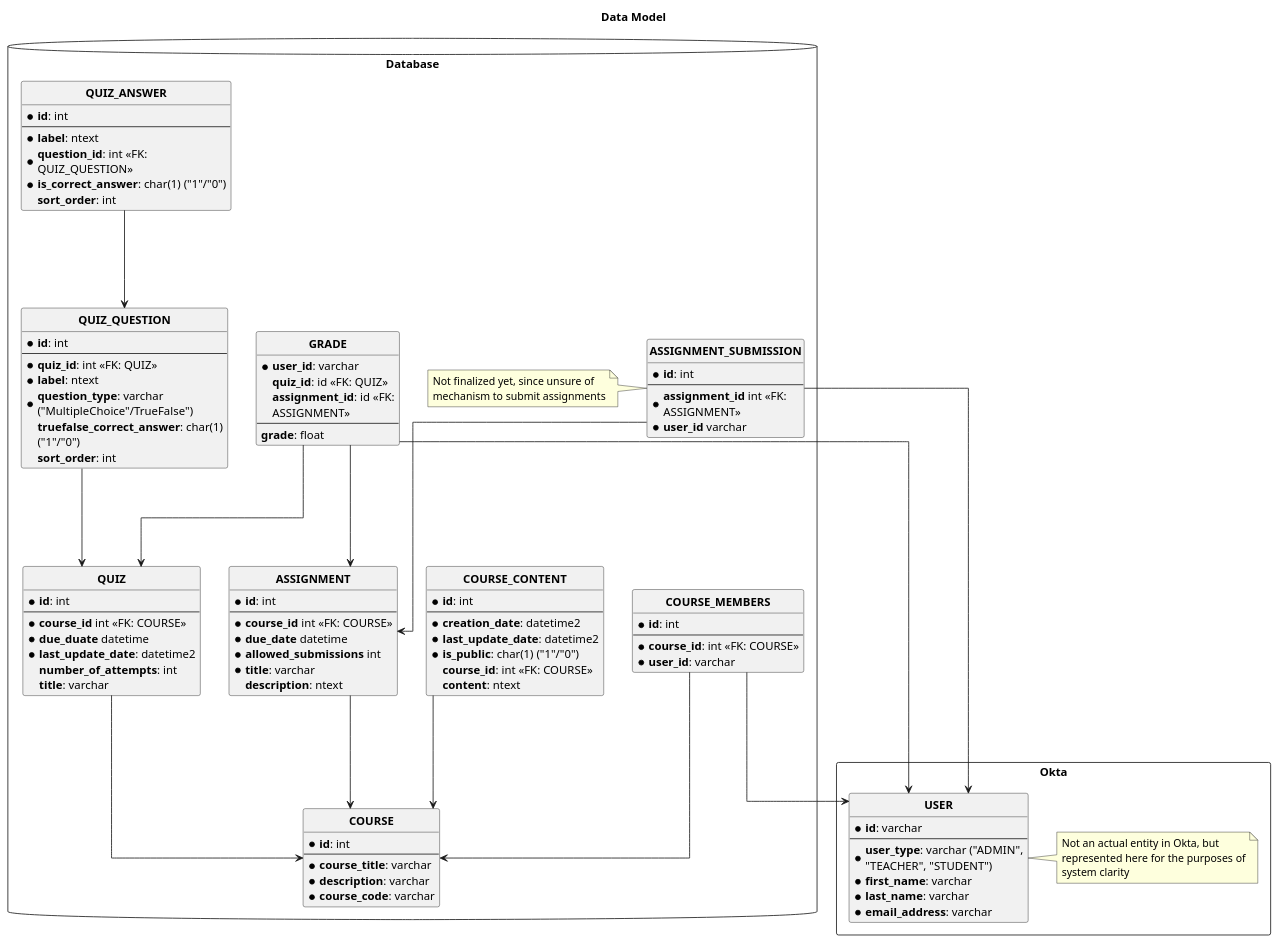
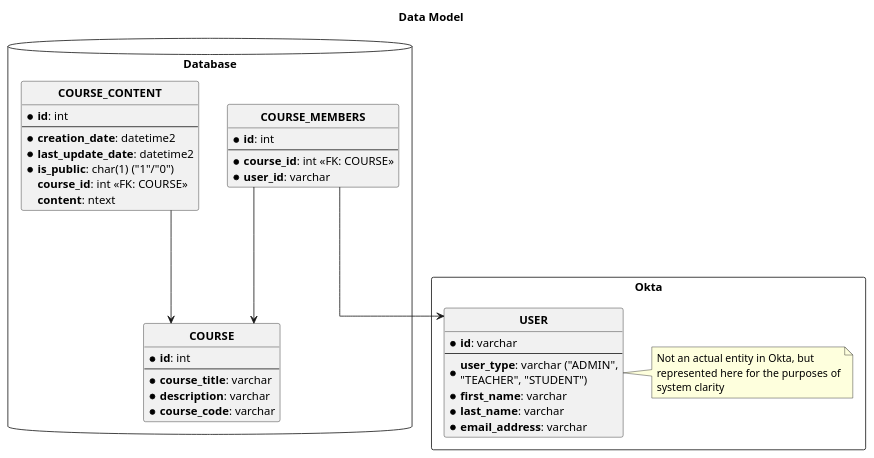
One commit to lightbulb-lms/documentation changed the diagram in source/ERDiagram.puml. Above: the diagram before and after it, drawn with PlantUML.

Commit message:
Remove unused entities

```diff
--- a/source/ERDiagram.puml
+++ b/source/ERDiagram.puml
@@ -1,122 +1,57 @@
 @startuml
 skinparam WrapWidth 250
 skinparam MaxMessageSize 250
 title Data Model
 
 ' hide "E" circle around all entities
 hide circle
 
 ' avoid problems with angled crows feet
 skinparam linetype ortho
 
 package Okta <<Rectangle>> {
     entity "**USER**" as u {
         * **id**: varchar
         --
         * **user_type**: varchar ("ADMIN", "TEACHER", "STUDENT")
         * **first_name**: varchar
         * **last_name**: varchar
         * **email_address**: varchar
     }
     note right
         Not an actual entity in Okta, but represented here for the purposes of system clarity
     end note
 }
 
 package Database <<Database>> {
     entity "**COURSE**" as c {
         * **id**: int
         --
         * **course_title**: varchar
         * **description**: varchar
         * **course_code**: varchar
     }
 
     entity "**COURSE_MEMBERS**" as cm {
         * **id**: int
         --
         * **course_id**: int <<FK: COURSE>>
         * **user_id**: varchar
     }
 
     entity "**COURSE_CONTENT**" as cc {
         * **id**: int
         --
         * **creation_date**: datetime2
         * **last_update_date**: datetime2
         * **is_public**: char(1) ("1"/"0")
         **course_id**: int <<FK: COURSE>>
         **content**: ntext
     }
 
-    entity "**QUIZ**" as q {
-        * **id**: int
-        --
-        * **course_id** int <<FK: COURSE>>
-        * **due_duate** datetime
-        * **last_update_date**: datetime2
-        **number_of_attempts**: int
-        **title**: varchar
-    }
-
-    entity "**QUIZ_QUESTION**" as qq {
-        * **id**: int
-        --
-        * **quiz_id**: int <<FK: QUIZ>>
-        * **label**: ntext
-        * **question_type**: varchar ("MultipleChoice"/TrueFalse")
-        **truefalse_correct_answer**: char(1) ("1"/"0")
-        **sort_order**: int
-    }
-
-    entity "**QUIZ_ANSWER**" as qa {
-        * **id**: int
-        --
-        * **label**: ntext
-        * **question_id**: int <<FK: QUIZ_QUESTION>>
-        * **is_correct_answer**: char(1) ("1"/"0")
-        **sort_order**: int
-    }
-
-    entity "**ASSIGNMENT**" as a {
-        * **id**: int
-        --
-        * **course_id** int <<FK: COURSE>>
-        * **due_date** datetime
-        * **allowed_submissions** int
-        * **title**: varchar
-        **description**: ntext
-    }
-
-    entity "**ASSIGNMENT_SUBMISSION**" as as {
-        * **id**: int
-        --
-        * **assignment_id** int <<FK: ASSIGNMENT>>
-        * **user_id** varchar
-    }
-    note left
-        Not finalized yet, since unsure of mechanism to submit assignments
-    end note
-
-    entity "**GRADE**" as g {
-        * **user_id**: varchar
-        **quiz_id**: id <<FK: QUIZ>>
-        **assignment_id**: id <<FK: ASSIGNMENT>>
-        --
-        **grade**: float
-    }
 }
 
 cm ---> u
 cm ---> c
 cc ---> c
-q ---> c
-qq ---> q
-qa ---> qq
-a ---> c
-as ---> a
-as ---> u
-g ---> u
-g ---> q
-g ---> a
 @enduml
```
